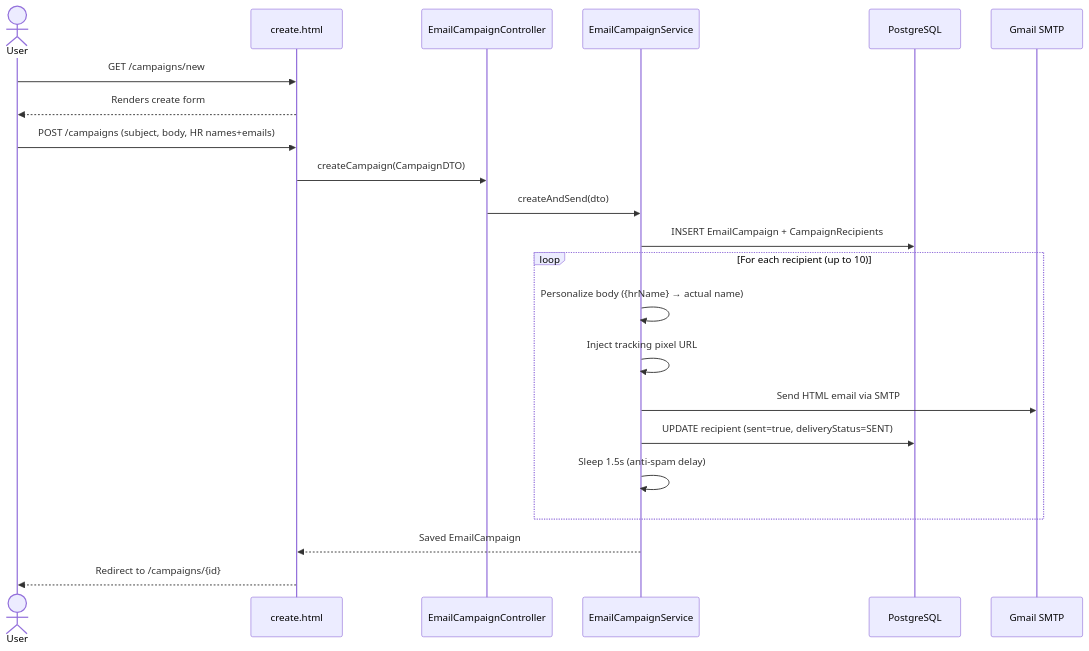
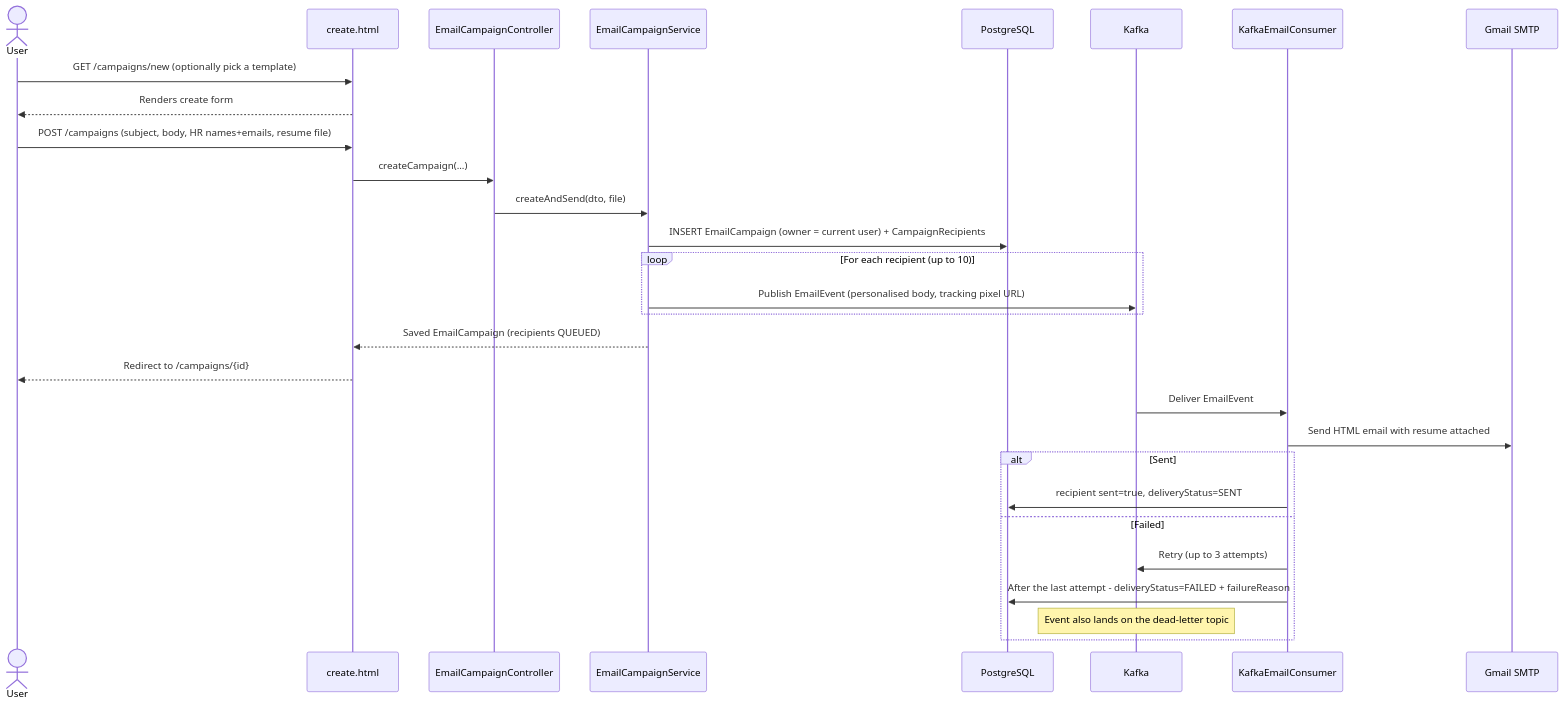
Before and after one commit to AdityaDeveloper-pixel/ai-job-tracker: the eighth of 12 diagrams in project_flow.md, drawn with Mermaid. The commit also changed other lines of this file and 1 other file, not shown here.

````diff
--- a/project_flow.md
+++ b/project_flow.md
@@ -88,25 +211,33 @@
 ```mermaid
 sequenceDiagram
     actor User
     participant UI as create.html
     participant EC as EmailCampaignController
     participant ECS as EmailCampaignService
     participant DB as PostgreSQL
+    participant K as Kafka
+    participant CON as KafkaEmailConsumer
     participant GMAIL as Gmail SMTP
 
-    User->>UI: GET /campaigns/new
+    User->>UI: GET /campaigns/new (optionally pick a template)
     UI-->>User: Renders create form
-    User->>UI: POST /campaigns (subject, body, HR names+emails)
-    UI->>EC: createCampaign(CampaignDTO)
-    EC->>ECS: createAndSend(dto)
-    ECS->>DB: INSERT EmailCampaign + CampaignRecipients
+    User->>UI: POST /campaigns (subject, body, HR names+emails, resume file)
+    UI->>EC: createCampaign(...)
+    EC->>ECS: createAndSend(dto, file)
+    ECS->>DB: INSERT EmailCampaign (owner = current user) + CampaignRecipients
     loop For each recipient (up to 10)
-        ECS->>ECS: Personalize body ({hrName} → actual name)
-        ECS->>ECS: Inject tracking pixel URL
-        ECS->>GMAIL: Send HTML email via SMTP
-        ECS->>DB: UPDATE recipient (sent=true, deliveryStatus=SENT)
-        ECS->>ECS: Sleep 1.5s (anti-spam delay)
+        ECS->>K: Publish EmailEvent (personalised body, tracking pixel URL)
     end
-    ECS-->>UI: Saved EmailCampaign
+    ECS-->>UI: Saved EmailCampaign (recipients QUEUED)
     UI-->>User: Redirect to /campaigns/{id}
+
+    K->>CON: Deliver EmailEvent
+    CON->>GMAIL: Send HTML email with resume attached
+    alt Sent
+        CON->>DB: recipient sent=true, deliveryStatus=SENT
+    else Failed
+        CON->>K: Retry (up to 3 attempts)
+        CON->>DB: After the last attempt - deliveryStatus=FAILED + failureReason
+        Note over K: Event also lands on the dead-letter topic
+    end
 ```
````
